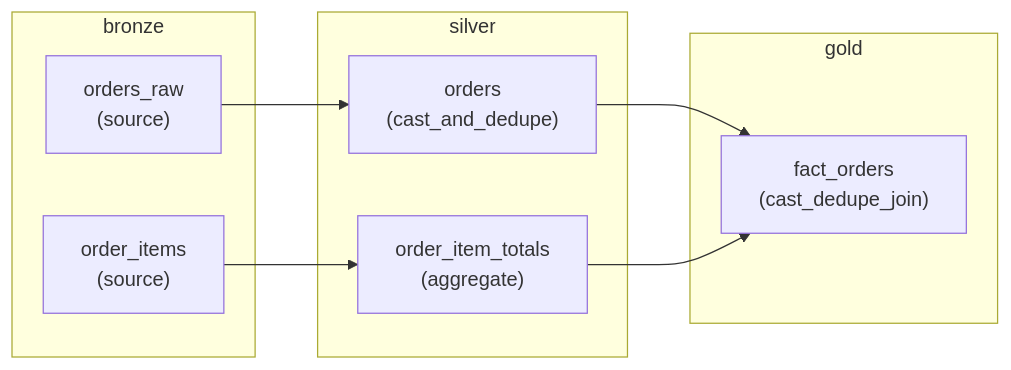
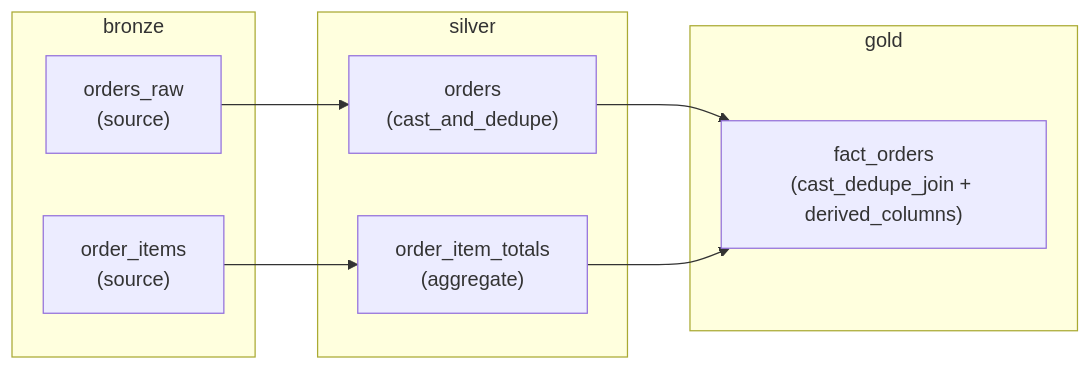
Before and after one commit to k00baPriv/IterativeAI: the diagram in poc/README.md, drawn with Mermaid. The commit also changed other lines of this file, not shown here.

````diff
--- a/poc/README.md
+++ b/poc/README.md
@@ -161,19 +161,19 @@
 ```mermaid
 flowchart LR
     subgraph bronze [bronze]
         bronze_orders_raw["orders_raw\n(source)"]
         bronze_order_items["order_items\n(source)"]
     end
     subgraph silver [silver]
         silver_orders["orders\n(cast_and_dedupe)"]
         silver_order_item_totals["order_item_totals\n(aggregate)"]
     end
     subgraph gold [gold]
-        gold_fact_orders["fact_orders\n(cast_dedupe_join)"]
+        gold_fact_orders["fact_orders\n(cast_dedupe_join + derived_columns)"]
     end
 
     bronze_orders_raw --> silver_orders
     bronze_order_items --> silver_order_item_totals
     silver_orders --> gold_fact_orders
     silver_order_item_totals --> gold_fact_orders
 ```
````
